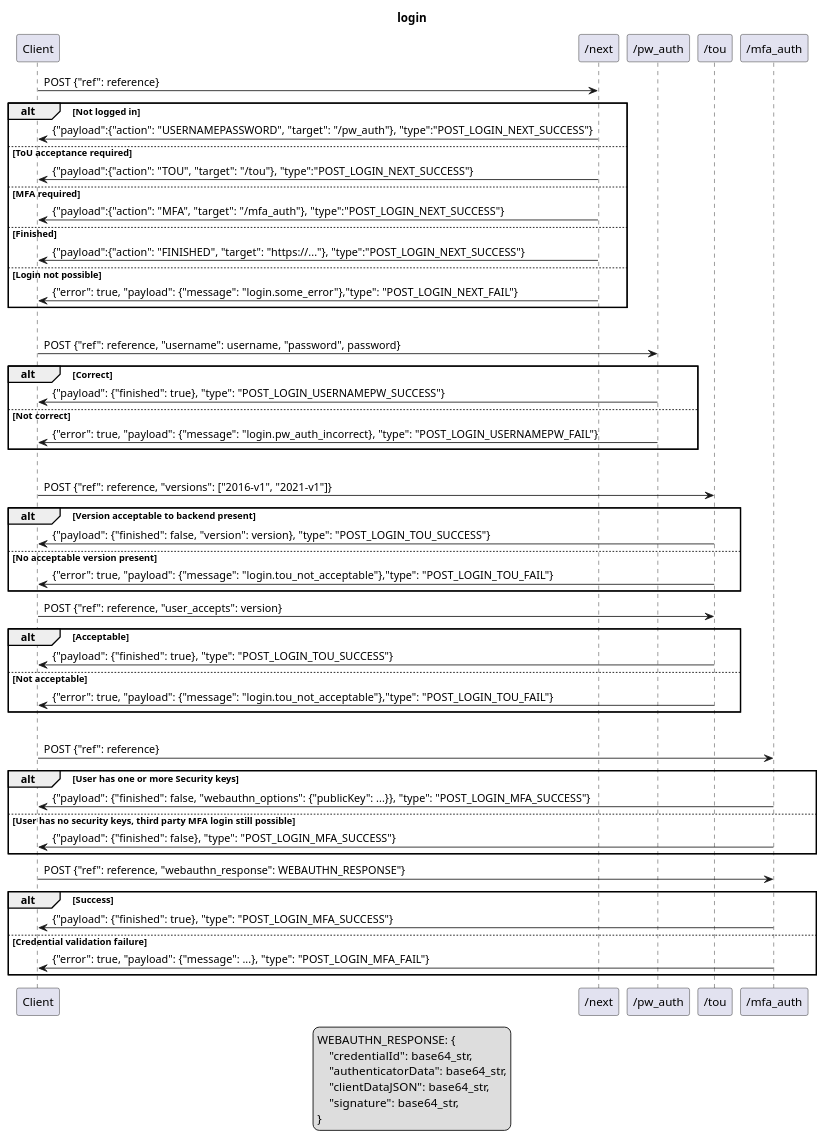
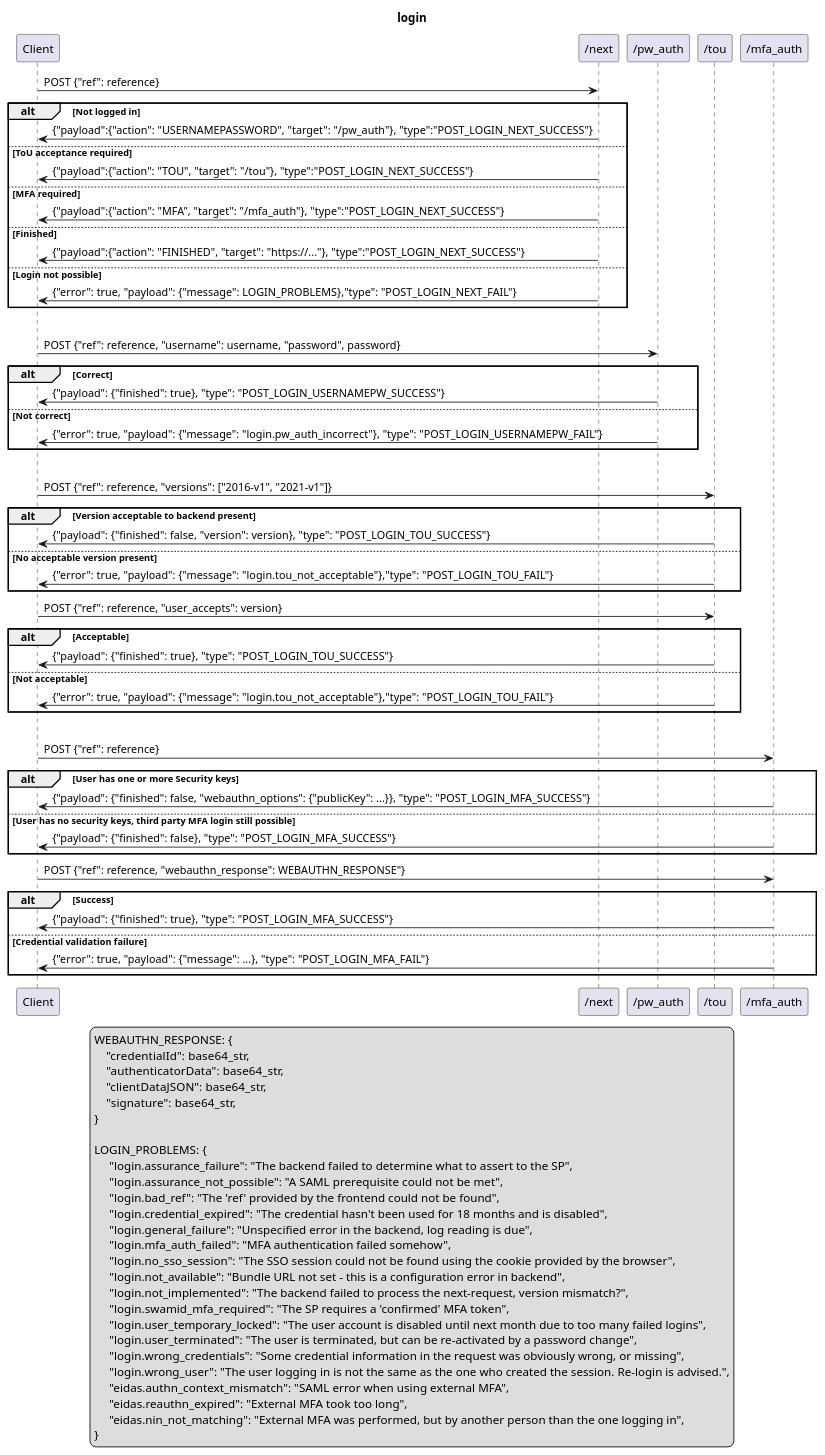
The diagram in doc/login.puml (SUNET/eduid-backend), drawn with PlantUML before and after one commit. The commit also changed 1 other file, not shown here.

Commit message:
update with possible LOGIN_PROBLEMS

```diff
--- a/doc/login.puml
+++ b/doc/login.puml
@@ -1,66 +1,87 @@
 @startuml
 title login
 
 legend
     WEBAUTHN_RESPONSE: {
         "credentialId": base64_str,
         "authenticatorData": base64_str,
         "clientDataJSON": base64_str,
         "signature": base64_str,
     }
+
+    LOGIN_PROBLEMS: {
+         "login.assurance_failure": "The backend failed to determine what to assert to the SP",
+         "login.assurance_not_possible": "A SAML prerequisite could not be met",
+         "login.bad_ref": "The 'ref' provided by the frontend could not be found",
+         "login.credential_expired": "The credential hasn't been used for 18 months and is disabled",
+         "login.general_failure": "Unspecified error in the backend, log reading is due",
+         "login.mfa_auth_failed": "MFA authentication failed somehow",
+         "login.no_sso_session": "The SSO session could not be found using the cookie provided by the browser",
+         "login.not_available": "Bundle URL not set - this is a configuration error in backend",
+         "login.not_implemented": "The backend failed to process the next-request, version mismatch?",
+         "login.swamid_mfa_required": "The SP requires a 'confirmed' MFA token",
+         "login.user_temporary_locked": "The user account is disabled until next month due to too many failed logins",
+         "login.user_terminated": "The user is terminated, but can be re-activated by a password change",
+         "login.wrong_credentials": "Some credential information in the request was obviously wrong, or missing",
+         "login.wrong_user": "The user logging in is not the same as the one who created the session. Re-login is advised.",
+         "eidas.authn_context_mismatch": "SAML error when using external MFA",
+         "eidas.reauthn_expired": "External MFA took too long",
+         "eidas.nin_not_matching": "External MFA was performed, but by another person than the one logging in",
+    }
 end legend
+
 
 Client->"/next": POST {"ref": reference}
 alt Not logged in
     "/next"->Client: {"payload":{"action": "USERNAMEPASSWORD", "target": "/pw_auth"}, "type":"POST_LOGIN_NEXT_SUCCESS"}
 else ToU acceptance required
     "/next"->Client: {"payload":{"action": "TOU", "target": "/tou"}, "type":"POST_LOGIN_NEXT_SUCCESS"}
 else MFA required
     "/next"->Client: {"payload":{"action": "MFA", "target": "/mfa_auth"}, "type":"POST_LOGIN_NEXT_SUCCESS"}
 else Finished
     "/next"->Client: {"payload":{"action": "FINISHED", "target": "https://..."}, "type":"POST_LOGIN_NEXT_SUCCESS"}
 else Login not possible
-    "/next"->Client: {"error": true, "payload": {"message": "login.some_error"},"type": "POST_LOGIN_NEXT_FAIL"}
+    "/next"->Client: {"error": true, "payload": {"message": LOGIN_PROBLEMS},"type": "POST_LOGIN_NEXT_FAIL"}
 end
 |||
 
 Client->"/pw_auth": POST {"ref": reference, "username": username, "password", password}
 alt Correct
     "/pw_auth"->Client: {"payload": {"finished": true}, "type": "POST_LOGIN_USERNAMEPW_SUCCESS"}
 else Not correct
-    "/pw_auth"->Client: {"error": true, "payload": {"message": "login.pw_auth_incorrect}, "type": "POST_LOGIN_USERNAMEPW_FAIL"}
+    "/pw_auth"->Client: {"error": true, "payload": {"message": "login.pw_auth_incorrect"}, "type": "POST_LOGIN_USERNAMEPW_FAIL"}
 end
 |||
 
 Client->"/tou": POST {"ref": reference, "versions": ["2016-v1", "2021-v1"]}
 alt Version acceptable to backend present
     "/tou"->Client: {"payload": {"finished": false, "version": version}, "type": "POST_LOGIN_TOU_SUCCESS"}
 else No acceptable version present
     "/tou"->Client: {"error": true, "payload": {"message": "login.tou_not_acceptable"},"type": "POST_LOGIN_TOU_FAIL"}
 end
 
 
 Client->"/tou": POST {"ref": reference, "user_accepts": version}
 alt Acceptable
     "/tou"->Client: {"payload": {"finished": true}, "type": "POST_LOGIN_TOU_SUCCESS"}
 else Not acceptable
     "/tou"->Client: {"error": true, "payload": {"message": "login.tou_not_acceptable"},"type": "POST_LOGIN_TOU_FAIL"}
 end
 |||
 
 Client->"/mfa_auth": POST {"ref": reference}
 alt User has one or more Security keys
     "/mfa_auth"->Client: {"payload": {"finished": false, "webauthn_options": {"publicKey": ...}}, "type": "POST_LOGIN_MFA_SUCCESS"}
 else User has no security keys, third party MFA login still possible
     "/mfa_auth"->Client: {"payload": {"finished": false}, "type": "POST_LOGIN_MFA_SUCCESS"}
 end
 
 Client->"/mfa_auth": POST {"ref": reference, "webauthn_response": WEBAUTHN_RESPONSE"}
 alt Success
     "/mfa_auth"->Client: {"payload": {"finished": true}, "type": "POST_LOGIN_MFA_SUCCESS"}
 else Credential validation failure
     "/mfa_auth"->Client: {"error": true, "payload": {"message": ...}, "type": "POST_LOGIN_MFA_FAIL"}
 end
 
 
 @enduml
```
